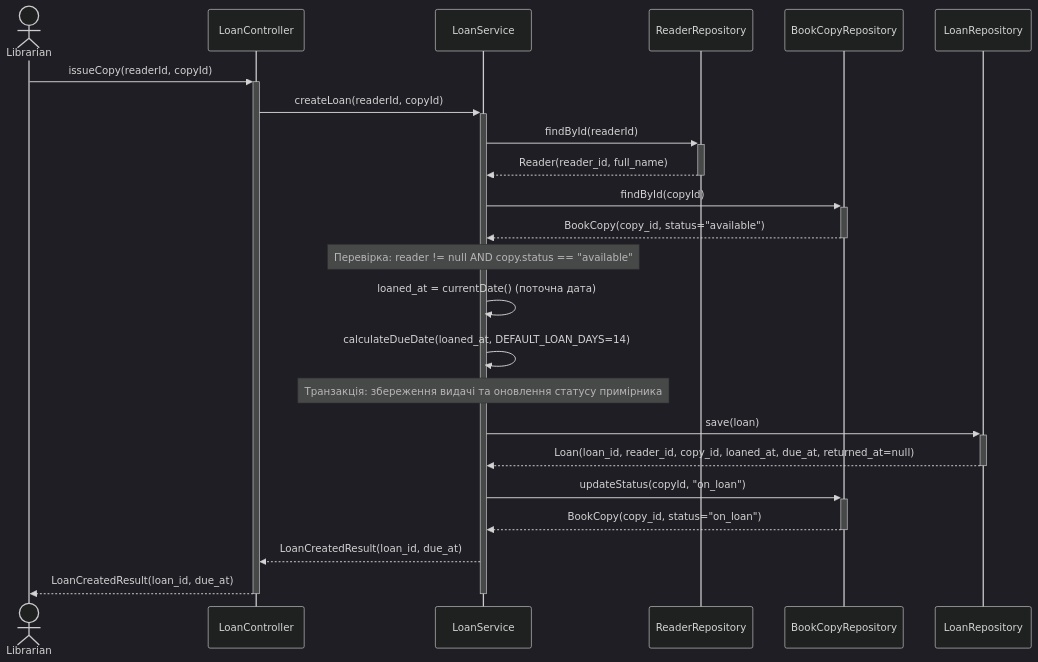
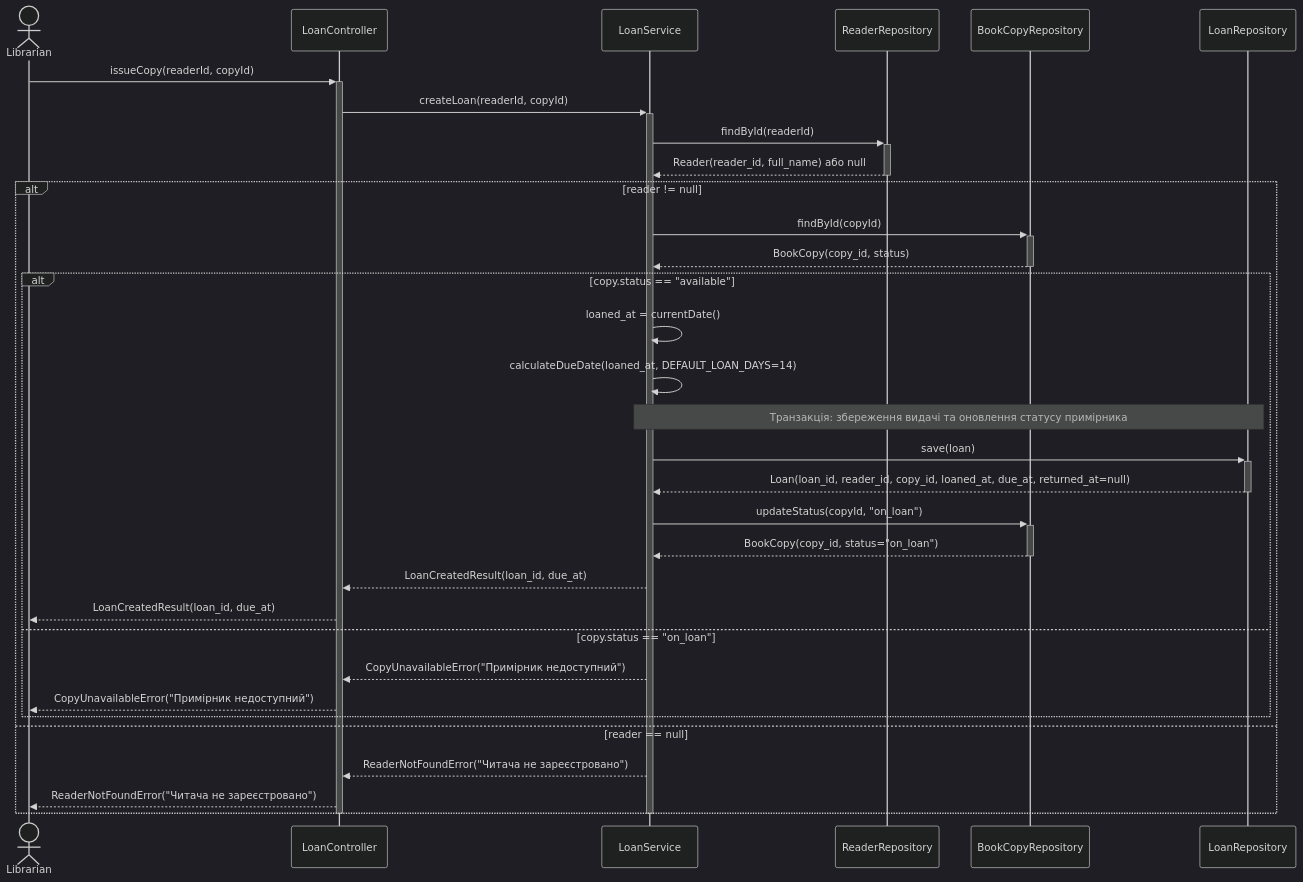
One commit to UsenkoAnastasiya/kpi-second changed the first of 3 diagrams in lab3/docs/sequences.md. Above: the diagram before and after it, drawn with Mermaid (dark theme).

Commit message:
feat: regenerate sequences per criterion 11

````diff
--- a/lab3/docs/sequences.md
+++ b/lab3/docs/sequences.md
@@ -5,36 +5,44 @@
 ```mermaid
 sequenceDiagram
     actor Librarian
     participant LoanController
     participant LoanService
     participant ReaderRepository
     participant BookCopyRepository
     participant LoanRepository
 
     Librarian->>+LoanController: issueCopy(readerId, copyId)
     LoanController->>+LoanService: createLoan(readerId, copyId)
 
     LoanService->>+ReaderRepository: findById(readerId)
-    ReaderRepository-->>-LoanService: Reader(reader_id, full_name)
+    ReaderRepository-->>-LoanService: Reader(reader_id, full_name) або null
 
-    LoanService->>+BookCopyRepository: findById(copyId)
-    BookCopyRepository-->>-LoanService: BookCopy(copy_id, status="available")
+    alt reader != null
+        LoanService->>+BookCopyRepository: findById(copyId)
+        BookCopyRepository-->>-LoanService: BookCopy(copy_id, status)
 
-    Note over LoanService: Перевірка: reader != null AND copy.status == "available"
+        alt copy.status == "available"
+            LoanService->>LoanService: loaned_at = currentDate()
+            LoanService->>LoanService: calculateDueDate(loaned_at, DEFAULT_LOAN_DAYS=14)
 
-    LoanService->>LoanService: loaned_at = currentDate() (поточна дата)
-    LoanService->>LoanService: calculateDueDate(loaned_at, DEFAULT_LOAN_DAYS=14)
+            Note over LoanService,LoanRepository: Транзакція: збереження видачі та оновлення статусу примірника
+            LoanService->>+LoanRepository: save(loan)
+            LoanRepository-->>-LoanService: Loan(loan_id, reader_id, copy_id, loaned_at, due_at, returned_at=null)
 
-    Note over LoanService: Транзакція: збереження видачі та оновлення статусу примірника
-    LoanService->>+LoanRepository: save(loan)
-    LoanRepository-->>-LoanService: Loan(loan_id, reader_id, copy_id, loaned_at, due_at, returned_at=null)
+            LoanService->>+BookCopyRepository: updateStatus(copyId, "on_loan")
+            BookCopyRepository-->>-LoanService: BookCopy(copy_id, status="on_loan")
 
-    LoanService->>+BookCopyRepository: updateStatus(copyId, "on_loan")
-    BookCopyRepository-->>-LoanService: BookCopy(copy_id, status="on_loan")
-
-    LoanService-->>LoanController: LoanCreatedResult(loan_id, due_at)
-    LoanController-->>Librarian: LoanCreatedResult(loan_id, due_at)
+            LoanService-->>LoanController: LoanCreatedResult(loan_id, due_at)
+            LoanController-->>Librarian: LoanCreatedResult(loan_id, due_at)
+        else copy.status == "on_loan"
+            LoanService-->>LoanController: CopyUnavailableError("Примірник недоступний")
+            LoanController-->>Librarian: CopyUnavailableError("Примірник недоступний")
+        end
+    else reader == null
+        LoanService-->>LoanController: ReaderNotFoundError("Читача не зареєстровано")
+        LoanController-->>Librarian: ReaderNotFoundError("Читача не зареєстровано")
+    end
 
     deactivate LoanService
     deactivate LoanController
 ```
````
